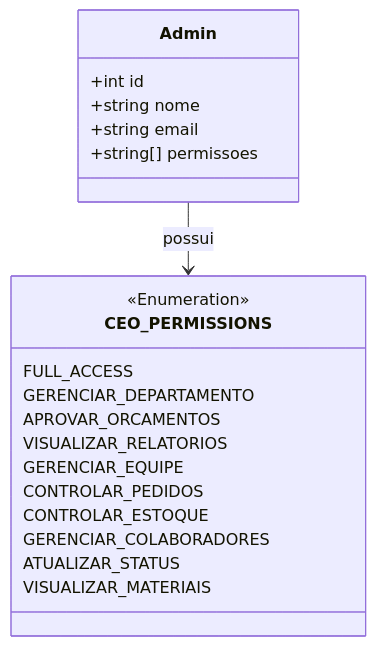
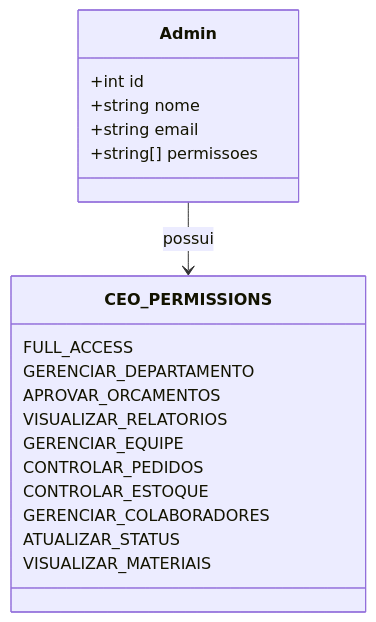
One commit to ronaldo227/serralheria-api changed the diagram in docs/class-diagram-admin-ceo.md. Above: the diagram before and after it, drawn with Mermaid. The commit also changed 5 other files, not shown here.

Commit message:
docs(uml): remove todos os estereótipos UML para compatibilidade total com GitHub Mermaid parser

````diff
--- a/docs/class-diagram-admin-ceo.md
+++ b/docs/class-diagram-admin-ceo.md
@@ -3,23 +3,22 @@
 ```mermaid
 classDiagram
     class Admin {
         +int id
         +string nome
         +string email
         +string[] permissoes
     }
     class CEO_PERMISSIONS {
-        <<Enumeration>>
         FULL_ACCESS
         GERENCIAR_DEPARTAMENTO
         APROVAR_ORCAMENTOS
         VISUALIZAR_RELATORIOS
         GERENCIAR_EQUIPE
         CONTROLAR_PEDIDOS
         CONTROLAR_ESTOQUE
         GERENCIAR_COLABORADORES
         ATUALIZAR_STATUS
         VISUALIZAR_MATERIAIS
     }
     Admin --> CEO_PERMISSIONS : possui
 ```
````
